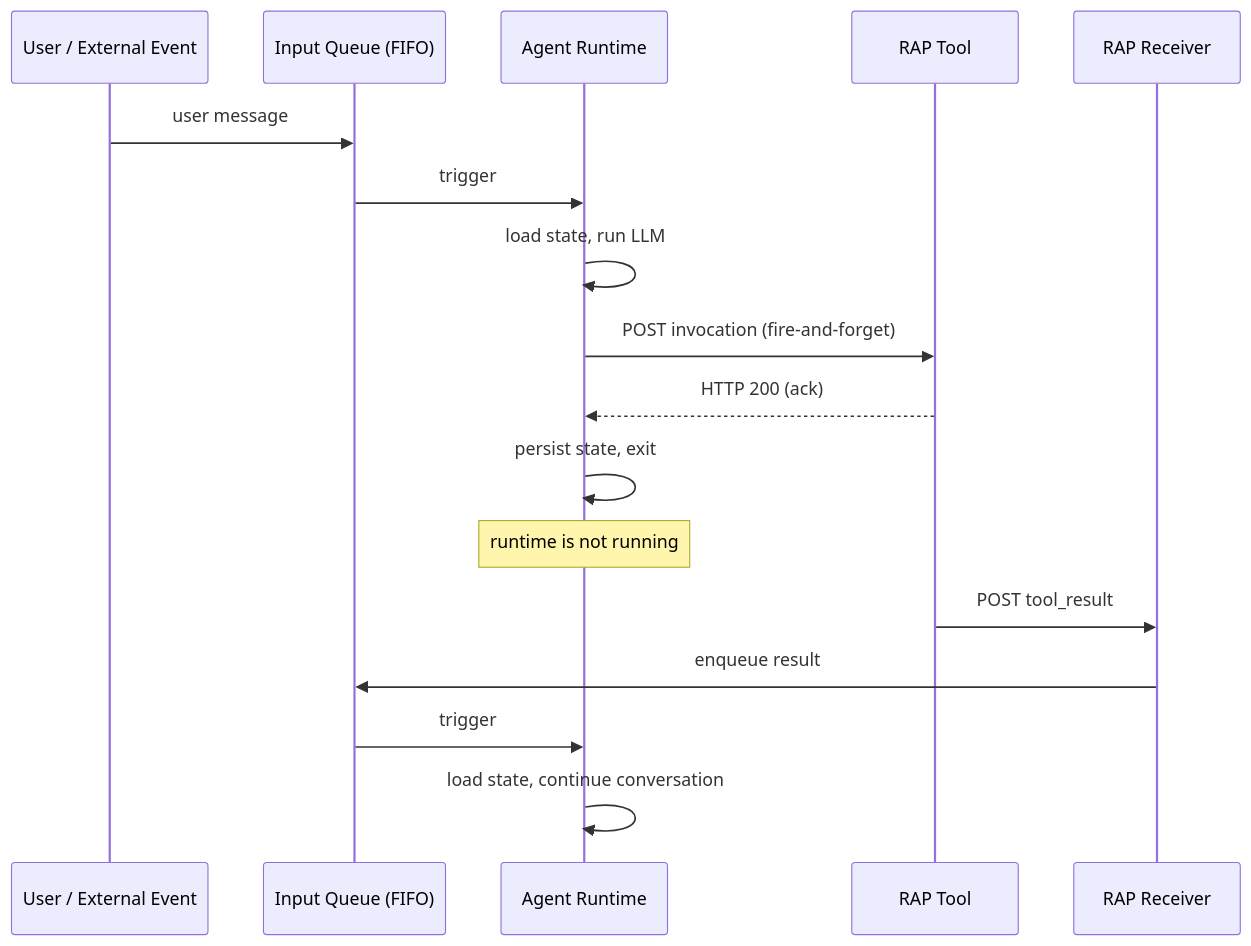
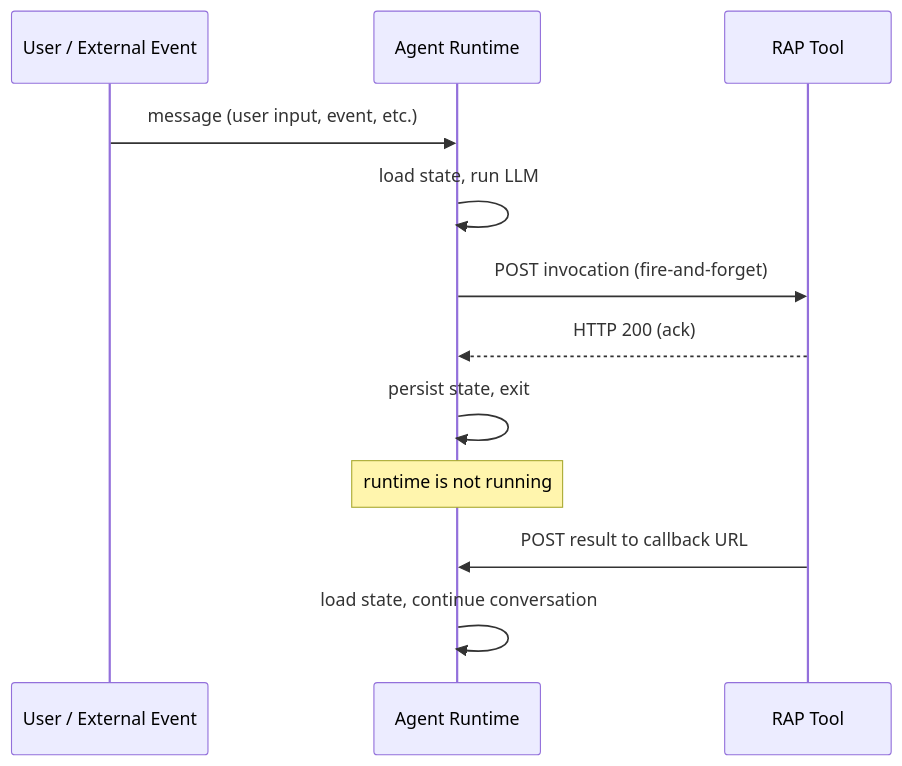
The diagram in rap-docs/docs/about/architecture.md (hydro-project/infinity), drawn with Mermaid before and after one commit. The commit also changed other lines of this file and 24 other files, not shown here.

````diff
--- a/rap-docs/docs/about/architecture.md
+++ b/rap-docs/docs/about/architecture.md
@@ -10,22 +10,17 @@
 ```mermaid
 sequenceDiagram
     participant U as User / External Event
-    participant Q as Input Queue (FIFO)
     participant R as Agent Runtime
     participant T as RAP Tool
-    participant RR as RAP Receiver
 
-    U->>Q: user message
-    Q->>R: trigger
+    U->>R: message (user input, event, etc.)
     R->>R: load state, run LLM
     R->>T: POST invocation (fire-and-forget)
     T-->>R: HTTP 200 (ack)
     R->>R: persist state, exit
 
     Note over R: runtime is not running
 
-    T->>RR: POST tool_result
-    RR->>Q: enqueue result
-    Q->>R: trigger
+    T->>R: POST result to callback URL
     R->>R: load state, continue conversation
 ```
````
